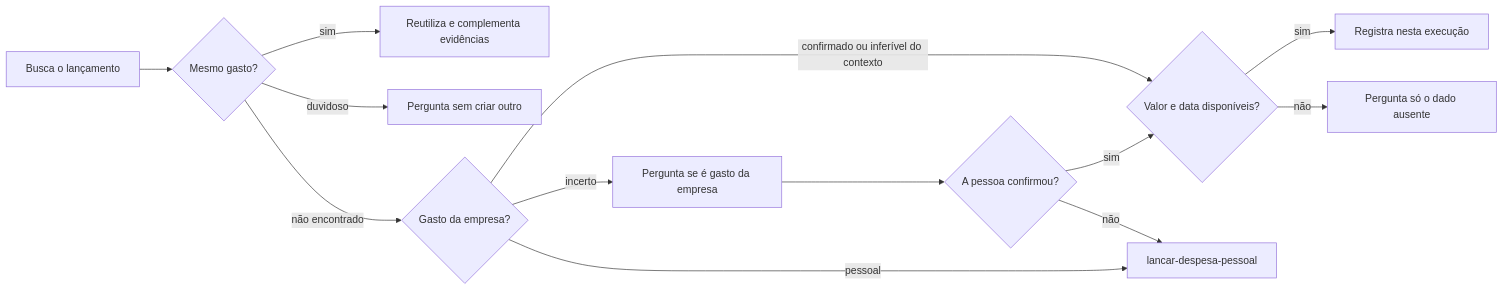
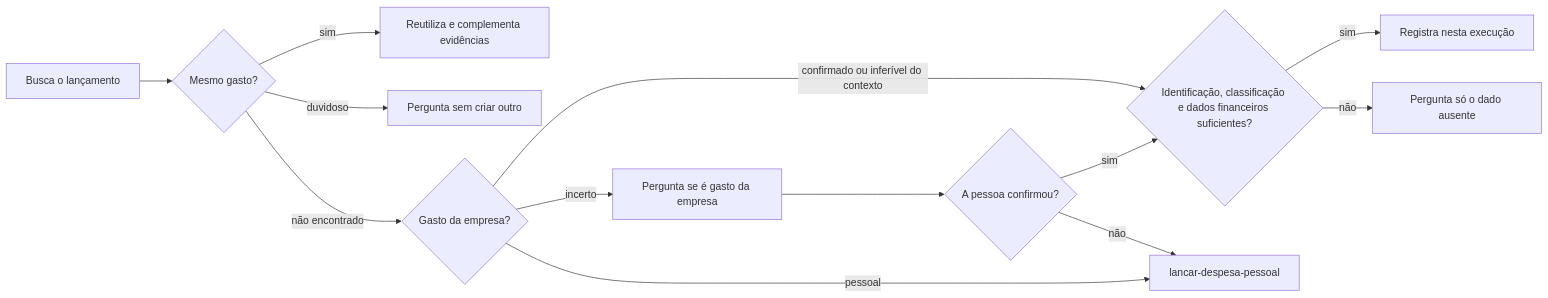
One commit to jimmyandrade/harness changed the second of 3 diagrams in .agents/skills/lancar-despesa-da-empresa/SKILL.md. Above: the diagram before and after it, drawn with Mermaid. The commit also changed other lines of this file and 4 other files, not shown here.

````diff
--- a/.agents/skills/lancar-despesa-da-empresa/SKILL.md
+++ b/.agents/skills/lancar-despesa-da-empresa/SKILL.md
@@ -50,15 +50,15 @@
 ```mermaid
 flowchart LR
   A[Busca o lançamento] --> B{Mesmo gasto?}
   B -->|sim| C[Reutiliza e complementa evidências]
   B -->|duvidoso| D[Pergunta sem criar outro]
   B -->|não encontrado| E{Gasto da empresa?}
-  E -->|confirmado ou inferível do contexto| F{Valor e data disponíveis?}
+  E -->|confirmado ou inferível do contexto| F{Identificação, classificação e dados financeiros suficientes?}
   E -->|incerto| G[Pergunta se é gasto da empresa]
   E -->|pessoal| H[lancar-despesa-pessoal]
   F -->|sim| I[Registra nesta execução]
   F -->|não| J[Pergunta só o dado ausente]
   G --> K{A pessoa confirmou?}
   K -->|sim| F
   K -->|não| H
 ```
````
